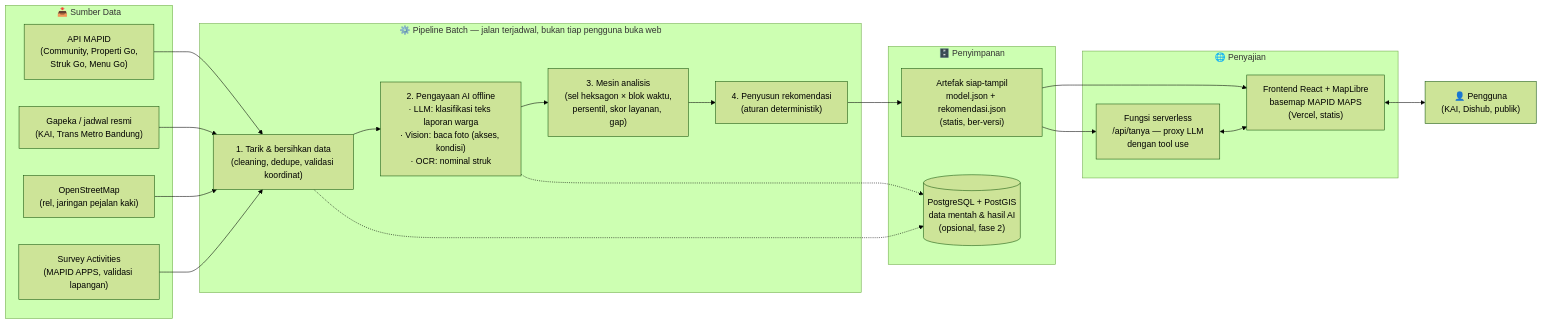
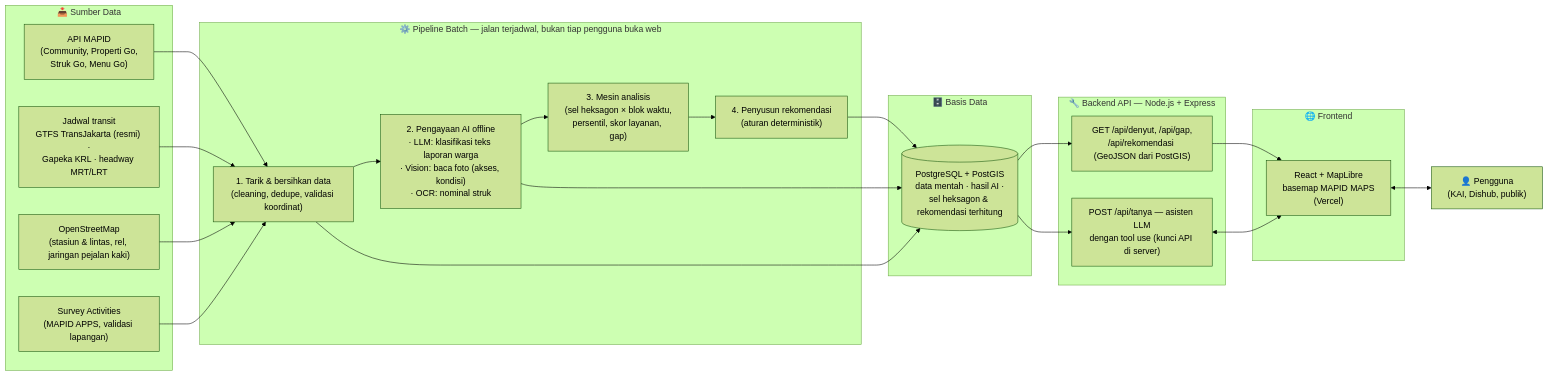
One commit to Kezota/SIMPUL changed the first of 3 diagrams in ARSITEKTUR.md. Above: the diagram before and after it, drawn with Mermaid (forest theme). The commit also changed other lines of this file and 25 other files, not shown here.

````diff
--- a/ARSITEKTUR.md
+++ b/ARSITEKTUR.md
@@ -11,41 +11,45 @@
 ```mermaid
 flowchart LR
   subgraph SUMBER["📥 Sumber Data"]
     A1["API MAPID<br/>(Community, Properti Go,<br/>Struk Go, Menu Go)"]
-    A2["Gapeka / jadwal resmi<br/>(KAI, Trans Metro Bandung)"]
-    A3["OpenStreetMap<br/>(rel, jaringan pejalan kaki)"]
+    A2["Jadwal transit<br/>GTFS TransJakarta (resmi) ·<br/>Gapeka KRL · headway MRT/LRT"]
+    A3["OpenStreetMap<br/>(stasiun & lintas, rel, jaringan pejalan kaki)"]
     A4["Survey Activities<br/>(MAPID APPS, validasi lapangan)"]
   end
 
   subgraph PIPELINE["⚙️ Pipeline Batch — jalan terjadwal, bukan tiap pengguna buka web"]
     B1["1. Tarik & bersihkan data<br/>(cleaning, dedupe, validasi koordinat)"]
     B2["2. Pengayaan AI offline<br/>· LLM: klasifikasi teks laporan warga<br/>· Vision: baca foto (akses, kondisi)<br/>· OCR: nominal struk"]
     B3["3. Mesin analisis<br/>(sel heksagon × blok waktu,<br/>persentil, skor layanan, gap)"]
     B4["4. Penyusun rekomendasi<br/>(aturan deterministik)"]
   end
 
-  subgraph SIMPAN["🗄️ Penyimpanan"]
-    C1["Artefak siap-tampil<br/>model.json + rekomendasi.json<br/>(statis, ber-versi)"]
-    C2[("PostgreSQL + PostGIS<br/>data mentah & hasil AI<br/>(opsional, fase 2)")]
+  subgraph SIMPAN["🗄️ Basis Data"]
+    C1[("PostgreSQL + PostGIS<br/>data mentah · hasil AI ·<br/>sel heksagon & rekomendasi terhitung")]
   end
 
-  subgraph SAJI["🌐 Penyajian"]
-    D1["Frontend React + MapLibre<br/>basemap MAPID MAPS<br/>(Vercel, statis)"]
-    D2["Fungsi serverless<br/>/api/tanya — proxy LLM<br/>dengan tool use"]
+  subgraph BE["🔧 Backend API — Node.js + Express"]
+    D2["GET /api/denyut, /api/gap,<br/>/api/rekomendasi (GeoJSON dari PostGIS)"]
+    D3["POST /api/tanya — asisten LLM<br/>dengan tool use (kunci API di server)"]
+  end
+
+  subgraph SAJI["🌐 Frontend"]
+    D1["React + MapLibre<br/>basemap MAPID MAPS<br/>(Vercel)"]
   end
 
   E1["👤 Pengguna<br/>(KAI, Dishub, publik)"]
 
   A1 --> B1
   A2 --> B1
   A3 --> B1
   A4 --> B1
   B1 --> B2 --> B3 --> B4
   B4 --> C1
-  B1 -.-> C2
-  B2 -.-> C2
-  C1 --> D1
+  B1 --> C1
+  B2 --> C1
   C1 --> D2
-  D2 <--> D1
+  C1 --> D3
+  D2 --> D1
+  D3 <--> D1
   D1 <--> E1
 ```
````
